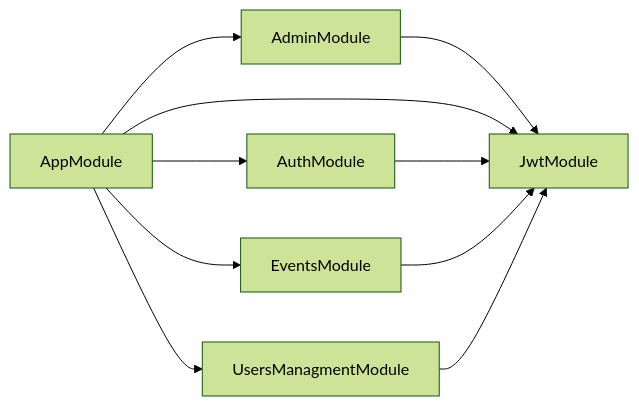
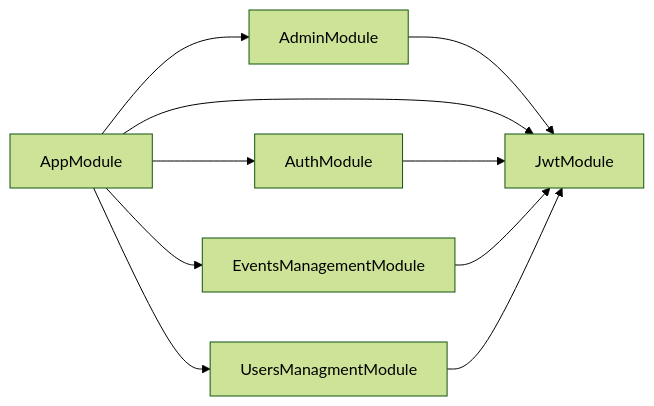
One commit to Mahmoudgalalz/crcl-service changed the diagram in deps.mermaid. Above: the diagram before and after it, drawn with Mermaid (forest theme). The commit also changed 2 other files, not shown here.

```diff
--- a/deps.mermaid
+++ b/deps.mermaid
@@ -1,10 +1,10 @@
 graph LR
   AdminModule-->JwtModule
   AppModule-->AdminModule
   AppModule-->AuthModule
-  AppModule-->EventsModule
+  AppModule-->EventsManagementModule
   AppModule-->JwtModule
   AppModule-->UsersManagmentModule
   AuthModule-->JwtModule
-  EventsModule-->JwtModule
+  EventsManagementModule-->JwtModule
   UsersManagmentModule-->JwtModule
```
